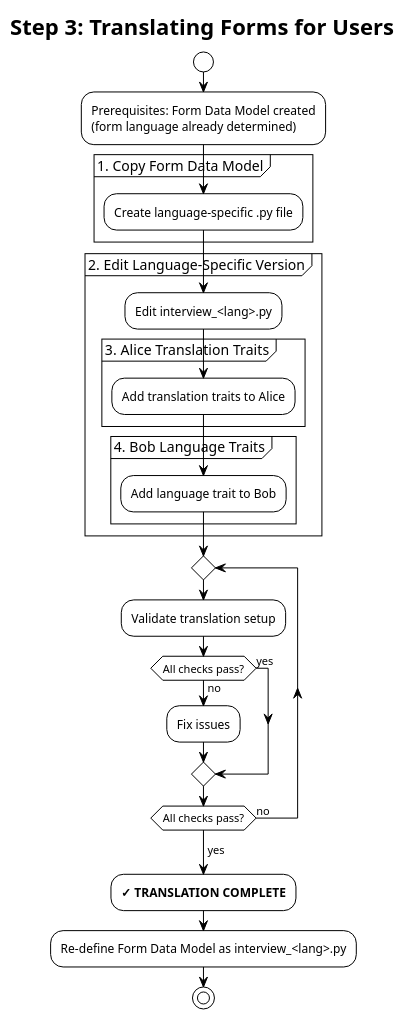
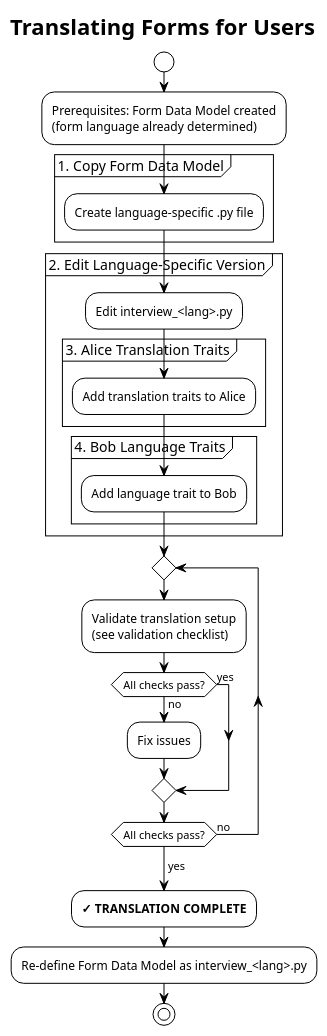
Before and after one commit to jhs/Chatfield: the diagram in Claude/filling-pdf-forms/skills/filling-pdf-forms/references/translating.plantuml, drawn with PlantUML. The commit also changed 3 other files, not shown here.

Commit message:
References and PlantUML work

```diff
--- a/Claude/filling-pdf-forms/skills/filling-pdf-forms/references/translating.plantuml
+++ b/Claude/filling-pdf-forms/skills/filling-pdf-forms/references/translating.plantuml
@@ -1,40 +1,41 @@
 @startuml translating
 !theme plain
 
-title Step 3: Translating Forms for Users
+title Translating Forms for Users
 
 start
 :Prerequisites: Form Data Model created\n(form language already determined);
 
 partition "1. Copy Form Data Model" {
   :Create language-specific .py file;
 }
 
 partition "2. Edit Language-Specific Version" {
   :Edit interview_<lang>.py;
 
   partition "3. Alice Translation Traits" {
     :Add translation traits to Alice;
   }
 
   partition "4. Bob Language Traits" {
     :Add language trait to Bob;
   }
 }
 
 repeat
-  :Validate translation setup;
+  :Validate translation setup
+  (see validation checklist);
 
   if (All checks pass?) then (yes)
   else (no)
     :Fix issues;
   endif
 repeat while (All checks pass?) is (no)
 ->yes;
 
 :**✓ TRANSLATION COMPLETE**;
 :Re-define Form Data Model as interview_<lang>.py;
 
 stop
 
 @enduml
```
